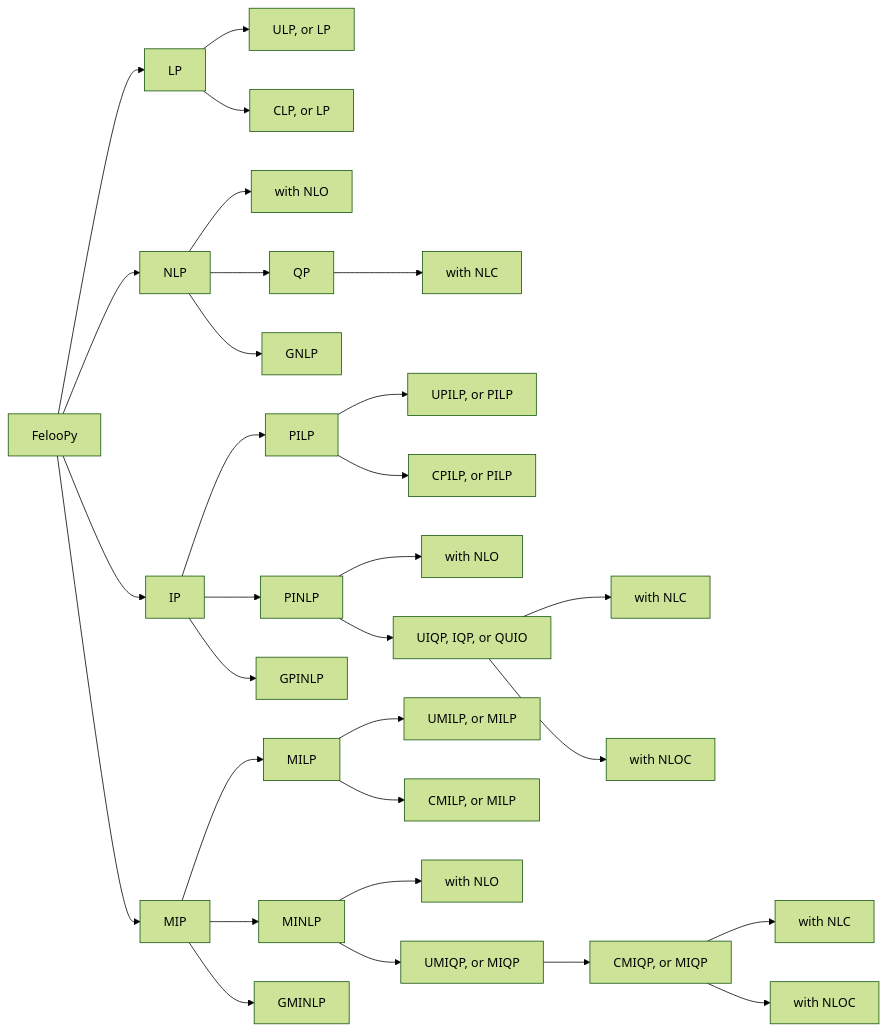
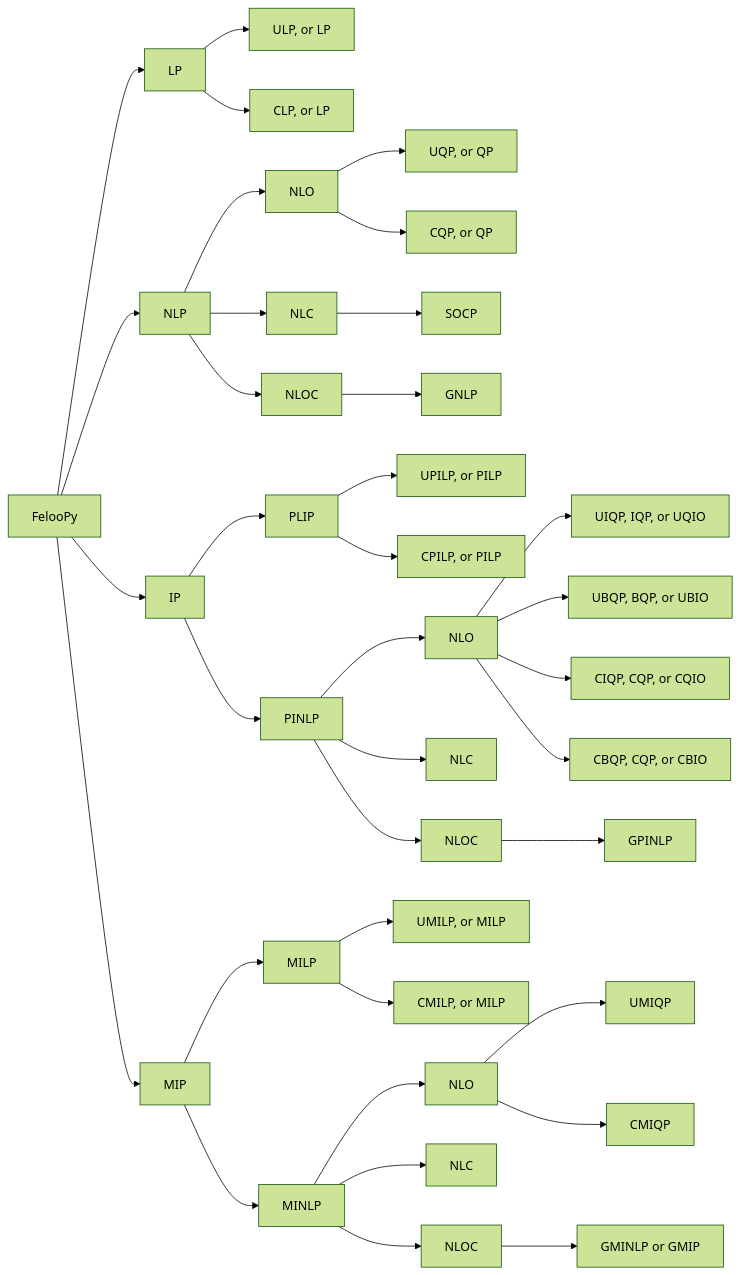
The diagram in README.md (ktafakkori/feloopy), drawn with Mermaid (forest theme) before and after one commit. The commit also changed other lines of this file, not shown here.

Commit message:
revised files.

````diff
--- a/README.md
+++ b/README.md
@@ -68,62 +68,38 @@
 ```mermaid
 graph LR 
- CLASS["FelooPy"]
- A["LP"]
- B["ULP, or LP"]
- C["CLP, or LP"]
- D["NLP"]
- E["with NLO"]
- F["QP"]
- G["with NLC"]
- H["GNLP"]
- I["IP"]
- J["PILP"]
- K["UPILP, or PILP"]
- L["CPILP, or PILP"]
- M["PINLP"]
- N["with NLO"]
- O["UIQP, IQP, or QUIO"]
- P["with NLC"]
- Q["with NLOC"]
- R["GPINLP"]
- S["MIP"]
- T["MILP"]
- U["UMILP, or MILP"]
- V["CMILP, or MILP"]
- W["MINLP"]
- X["with NLO"]
- Y["UMIQP, or MIQP"]
- Z["CMIQP, or MIQP"]
- AA["with NLC"]
- AB["with NLOC"]
- AC["GMINLP"]
- CLASS-->A
- CLASS-->D
- CLASS-->I
- CLASS-->S
- A --> B
- A --> C
- D --> E
- D --> F
- F --> G
- D --> H
- I --> J
- J --> K
- J --> L
- I --> M
- M --> N
- M --> O
- O --> P
- O --> Q
- I --> R
- S --> T
- T --> U
- T --> V
- S --> W
- W --> X
- W --> Y
- Y --> Z
- Z --> AA
- Z --> AB
- S --> AC
+ CLASS["FelooPy"] --> A["LP"]
+ CLASS["FelooPy"] --> B["NLP"]
+ CLASS["FelooPy"] --> C["IP"]
+ CLASS["FelooPy"] --> D["MIP"]
+ A["LP"] --> A1["ULP, or LP"]
+ A["LP"] --> A2["CLP, or LP"]
+ B["NLP"] --> B1["NLO"]
+ B1["NLO"] --> B11["UQP, or QP"]
+ B1["NLO"] --> B12["CQP, or QP"]
+ B["NLP"] --> B2["NLC"]
+ B2["NLC"] --> B21["SOCP"]
+ B["NLP"] --> B3["NLOC"]
+ B3["NLOC"] --> B31["GNLP"]
+ C["IP"] --> C1["PILP"]
+ C1["PLIP"] --> C11["UPILP, or PILP"]
+ C1["PLIP"] --> C12["CPILP, or PILP"]
+ C["IP"] --> C2["PINLP"]
+ C2["PINLP"] --> C21["NLO"]
+ C21["NLO"] --> C211["UIQP, IQP, or UQIO"]
+ C21["NLO"] --> C212["UBQP, BQP, or UBIO"]
+ C21["NLO"] --> C213["CIQP, CQP, or CQIO"]
+ C21["NLO"] --> C214["CBQP, CQP, or CBIO"]
+ C2["PINLP"] --> C22["NLC"]
+ C2["PINLP"] --> C23["NLOC"]
+ C23["NLOC"] --> C231["GPINLP"]
+ D["MIP"] --> D1["MILP"]  
+ D1["MILP"] --> D11["UMILP, or MILP"]
+ D1["MILP"] --> D12["CMILP, or MILP"]
+ D["MIP"] --> D2["MINLP"]  
+ D2["MINLP"] --> D21["NLO"]
+ D21["NLO"] --> D211["UMIQP"]
+ D21["NLO"] --> D212["CMIQP"]
+ D2["MINLP"] --> D22["NLC"]
+ D2["MINLP"] --> D23["NLOC"]
+ D23["NLOC"] --> D231["GMINLP or GMIP"]
 ```
````
